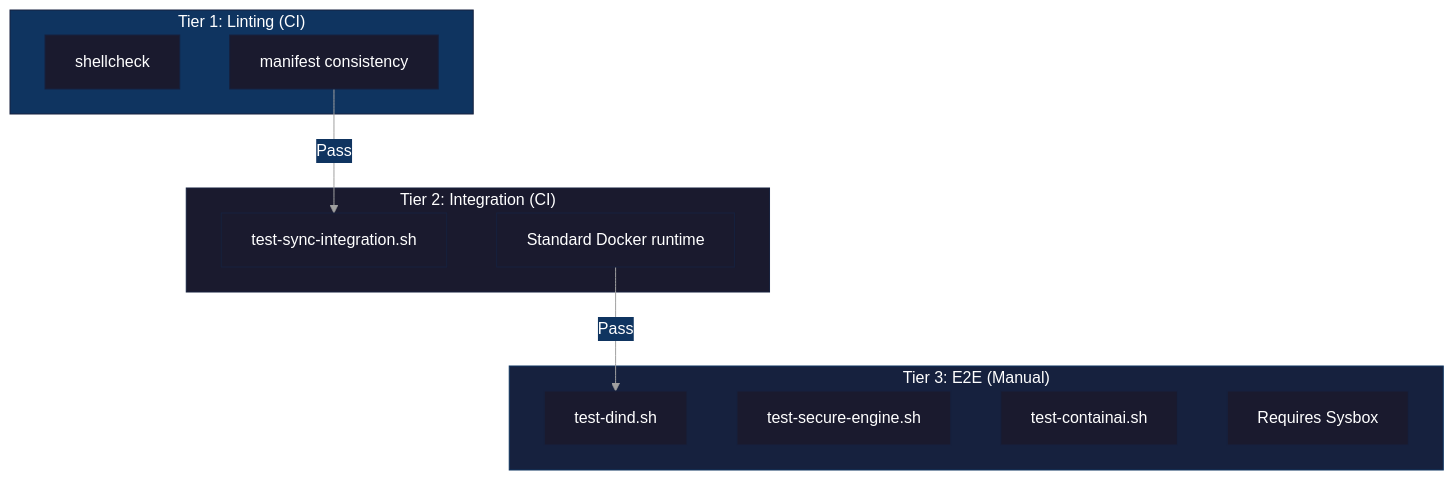
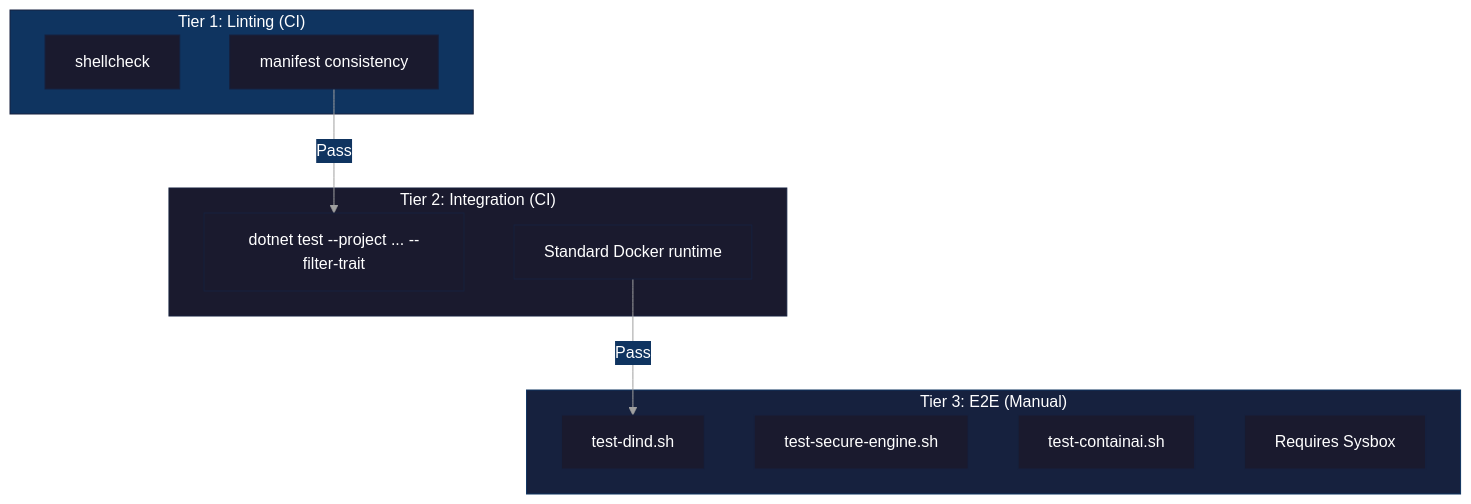
The diagram in docs/testing.md (novotnyllc/ContainAI), drawn with Mermaid before and after one commit. The commit also changed other lines of this file and 9 other files, not shown here.

Commit message:
test(sync): replace shell sync integration suite with xunit3 C# tests

````diff
--- a/docs/testing.md
+++ b/docs/testing.md
@@ -9,36 +9,36 @@
 ```mermaid
 %%{init: {'theme': 'base', 'themeVariables': {
   'primaryColor': '#1a1a2e',
   'primaryTextColor': '#ffffff',
   'primaryBorderColor': '#16213e',
   'secondaryColor': '#0f3460',
   'tertiaryColor': '#1a1a2e',
   'lineColor': '#a0a0a0',
   'textColor': '#ffffff',
   'background': '#0d1117'
 }}}%%
 flowchart TB
     subgraph T1["Tier 1: Linting (CI)"]
         Shell["shellcheck"]
         Manifest["manifest consistency"]
     end
 
     subgraph T2["Tier 2: Integration (CI)"]
-        Sync["test-sync-integration.sh"]
+        Sync["dotnet test --project ... --filter-trait"]
         Docker["Standard Docker runtime"]
     end
 
     subgraph T3["Tier 3: E2E (Manual)"]
         DinD["test-dind.sh"]
         Secure["test-secure-engine.sh"]
         Full["test-containai.sh"]
         Sysbox["Requires Sysbox"]
     end
 
     Manifest -->|"Pass"| Sync
     Docker -->|"Pass"| DinD
 
     style T1 fill:#0f3460,stroke:#16213e,color:#fff
     style T2 fill:#1a1a2e,stroke:#16213e,color:#fff
     style T3 fill:#16213e,stroke:#0f3460,color:#fff
 ```
````
